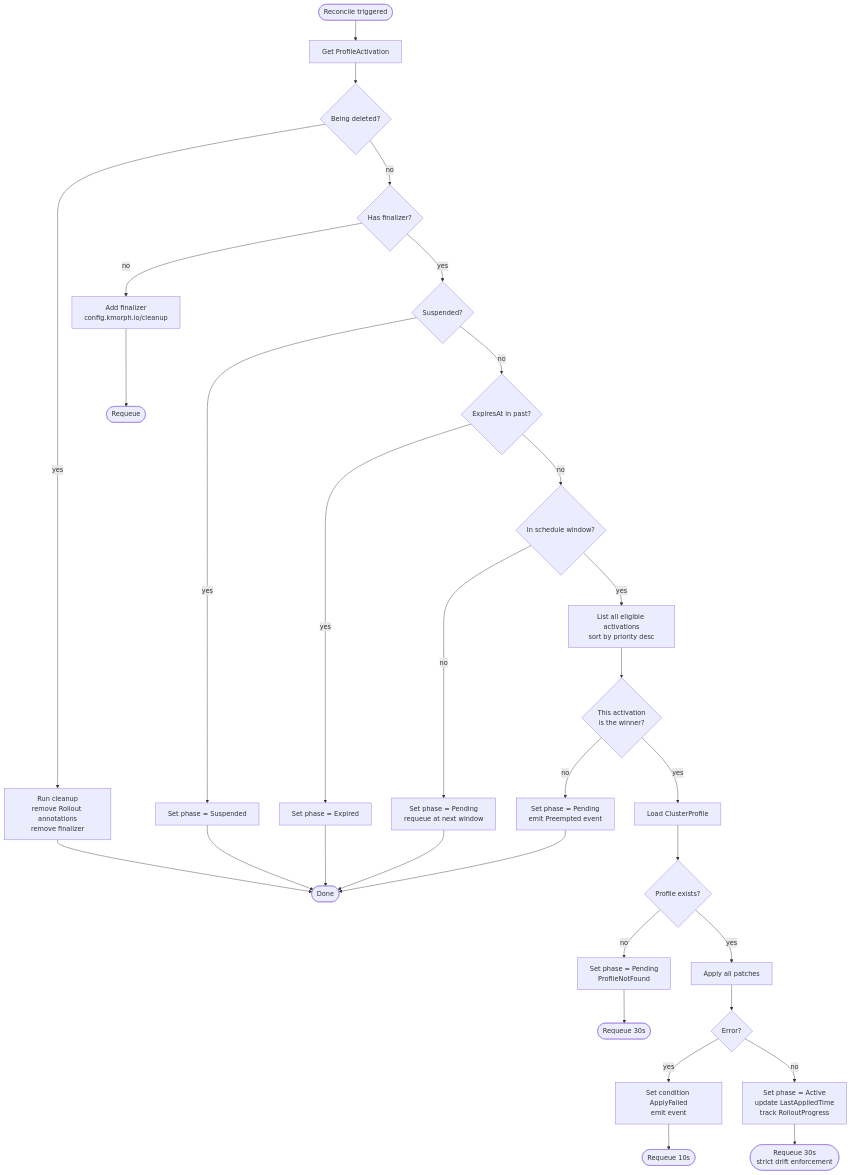
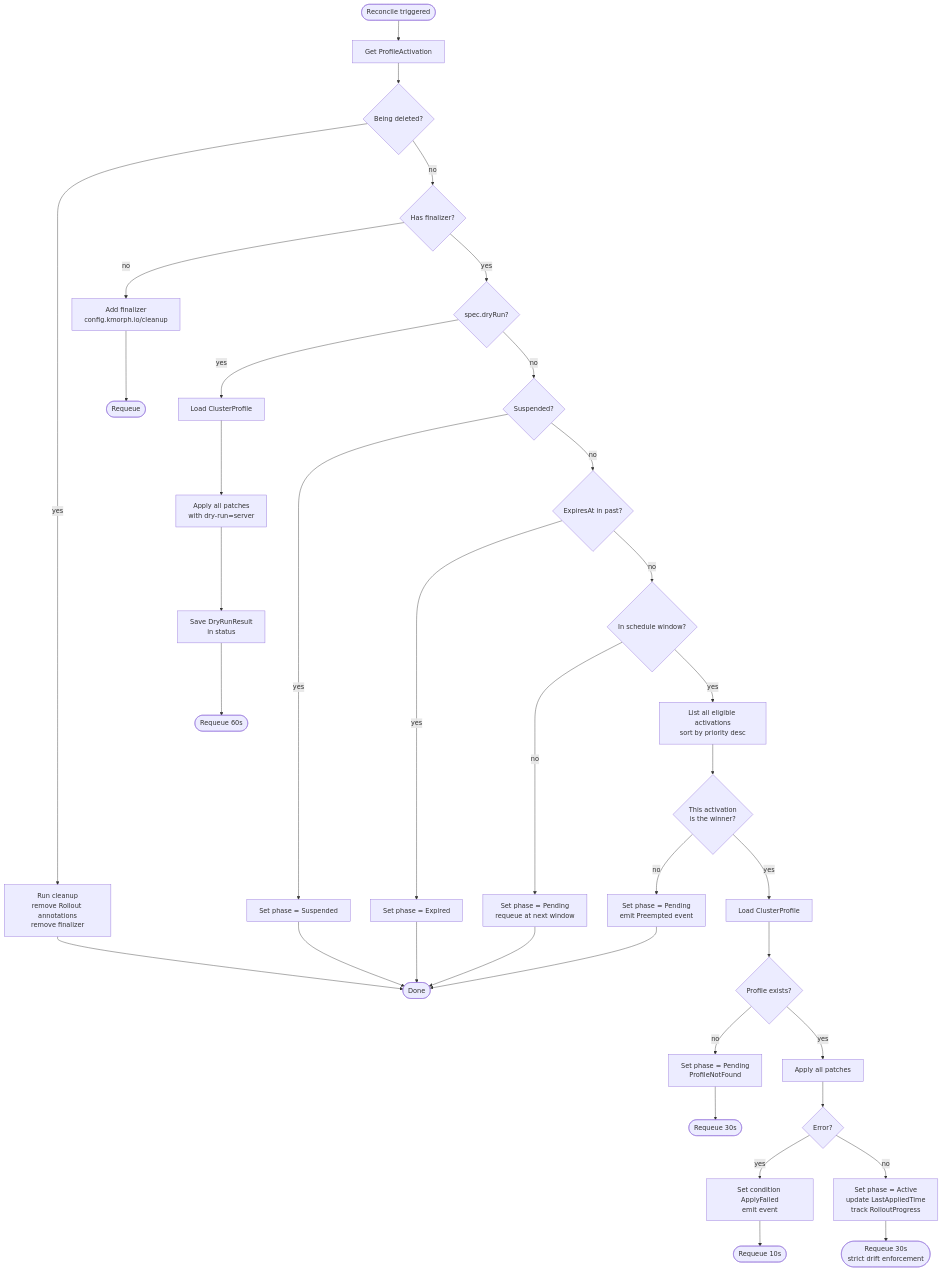
The second of 7 diagrams in docs/architecture.md (n0rm4l-me/kmorph), drawn with Mermaid before and after one commit. The commit also changed other lines of this file and 2 other files, not shown here.

First line of the commit message:
docs: update architecture, activations, getting-started with dry-run and webhooks

````diff
--- a/docs/architecture.md
+++ b/docs/architecture.md
@@ -32,43 +46,49 @@
 ```mermaid
 flowchart TD
     Start([Reconcile triggered]) --> GetActivation[Get ProfileActivation]
     GetActivation --> Deleting{Being deleted?}
 
     Deleting -->|yes| Cleanup[Run cleanup<br/>remove Rollout annotations<br/>remove finalizer]
     Cleanup --> Done([Done])
 
     Deleting -->|no| AddFinalizer{Has finalizer?}
     AddFinalizer -->|no| SetFinalizer[Add finalizer<br/>config.kmorph.io/cleanup]
     SetFinalizer --> Requeue([Requeue])
 
-    AddFinalizer -->|yes| Suspended{Suspended?}
+    AddFinalizer -->|yes| DryRun{spec.dryRun?}
+    DryRun -->|yes| LoadProfileDR[Load ClusterProfile]
+    LoadProfileDR --> RunDryRun[Apply all patches<br/>with dry-run=server]
+    RunDryRun --> SaveResult[Save DryRunResult<br/>in status]
+    SaveResult --> Requeue60s([Requeue 60s])
+
+    DryRun -->|no| Suspended{Suspended?}
     Suspended -->|yes| SetSuspended[Set phase = Suspended]
     SetSuspended --> Done
 
     Suspended -->|no| Expired{ExpiresAt in past?}
     Expired -->|yes| SetExpired[Set phase = Expired]
     SetExpired --> Done
 
     Expired -->|no| Schedule{In schedule window?}
     Schedule -->|no| SetPending[Set phase = Pending<br/>requeue at next window]
     SetPending --> Done
 
     Schedule -->|yes| FindWinner[List all eligible activations<br/>sort by priority desc]
     FindWinner --> IsWinner{This activation<br/>is the winner?}
 
     IsWinner -->|no| SetPending2[Set phase = Pending<br/>emit Preempted event]
     SetPending2 --> Done
 
     IsWinner -->|yes| LoadProfile[Load ClusterProfile]
     LoadProfile --> NotFound{Profile exists?}
     NotFound -->|no| SetPending3[Set phase = Pending<br/>ProfileNotFound]
     SetPending3 --> Requeue30s([Requeue 30s])
 
     NotFound -->|yes| ApplyPatches[Apply all patches]
     ApplyPatches --> Error{Error?}
     Error -->|yes| SetApplyFailed[Set condition ApplyFailed<br/>emit event]
     SetApplyFailed --> Requeue10s([Requeue 10s])
 
     Error -->|no| UpdateStatus[Set phase = Active<br/>update LastAppliedTime<br/>track RolloutProgress]
     UpdateStatus --> RequeueStrict([Requeue 30s<br/>strict drift enforcement])
 ```
````
